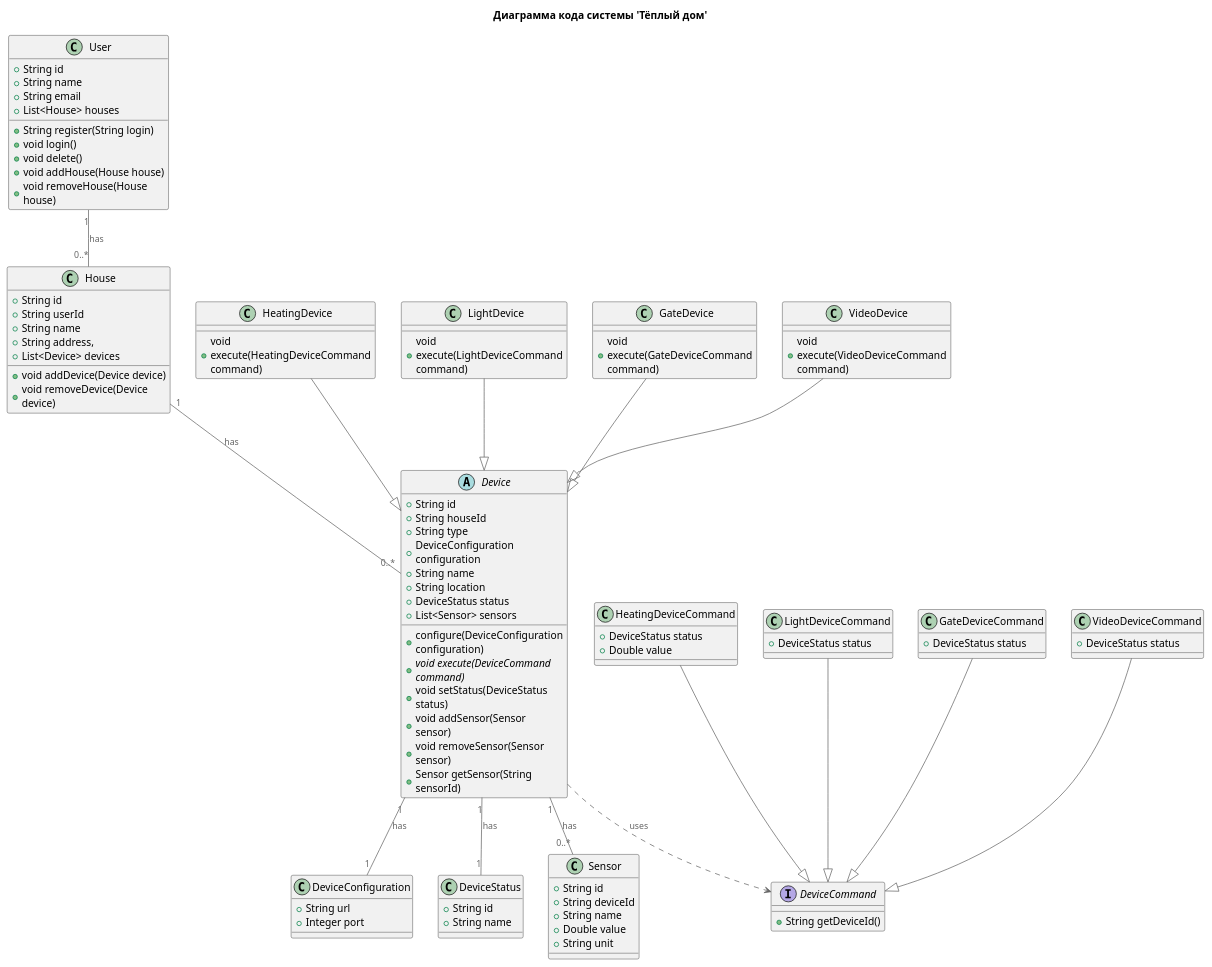
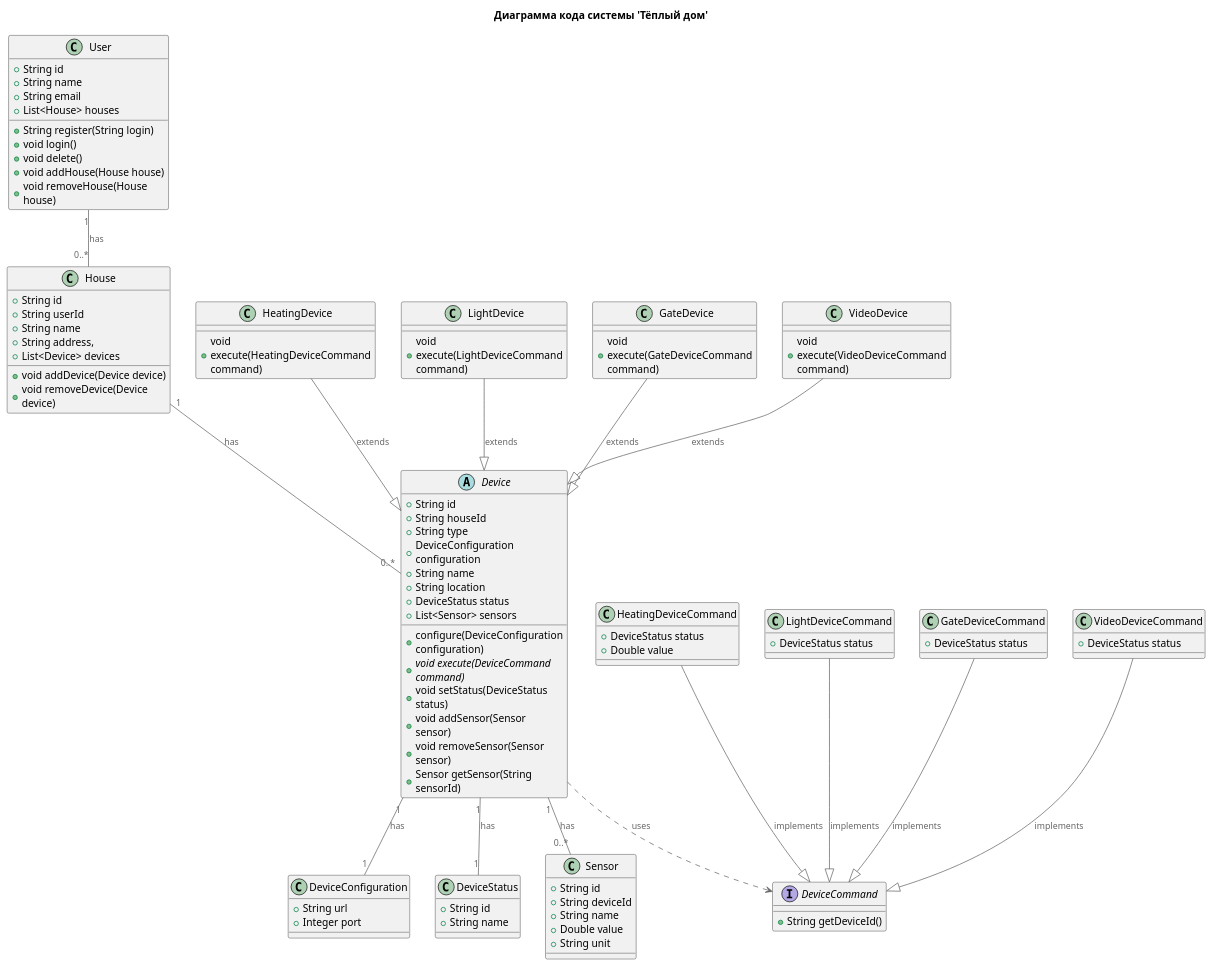
One commit to hammer-for-you/architecture-warmhouse changed the diagram in c4/new-system-code.puml. Above: the diagram before and after it, drawn with PlantUML.

Commit message:
Задание 2. Диаграмма кода. Минорные правки.

```diff
--- a/c4/new-system-code.puml
+++ b/c4/new-system-code.puml
@@ -1,115 +1,115 @@
 @startuml
 
 title Диаграмма кода системы 'Тёплый дом'
 
 !includeurl https://raw.githubusercontent.com/plantuml-stdlib/C4-PlantUML/refs/heads/master/C4_Component.puml
 
 class User {
     +String id
     +String name
     +String email
     +List<House> houses
     +String register(String login)
     +void login()
     +void delete()
     +void addHouse(House house)
     +void removeHouse(House house)
 }
 
 class House {
     +String id
     +String userId
     +String name
     +String address,
     +List<Device> devices
     +void addDevice(Device device)
     +void removeDevice(Device device)
 }
 
 abstract class Device {
     +String id
     +String houseId
     +String type
     +DeviceConfiguration configuration
     +String name
     +String location
     +DeviceStatus status
     +List<Sensor> sensors
     +configure(DeviceConfiguration configuration)
     +{abstract} void execute(DeviceCommand command)
     +void setStatus(DeviceStatus status)
     +void addSensor(Sensor sensor)
     +void removeSensor(Sensor sensor)
     +Sensor getSensor(String sensorId)
 }
 
 class HeatingDevice {
     +void execute(HeatingDeviceCommand command)
 }
 
 class LightDevice {
     +void execute(LightDeviceCommand command)
 }
 
 class GateDevice {
     +void execute(GateDeviceCommand command)
 }
 
 class DeviceConfiguration {
     +String url
     +Integer port
 }
 
 class VideoDevice {
     +void execute(VideoDeviceCommand command)
 }
 
 class DeviceStatus {
     +String id
     +String name
 }
 
 interface DeviceCommand {
     +String getDeviceId()
 }
 
 class HeatingDeviceCommand {
     +DeviceStatus status
     +Double value
 }
 
 class LightDeviceCommand {
     +DeviceStatus status
 }
 
 class GateDeviceCommand {
     +DeviceStatus status
 }
 
 class VideoDeviceCommand {
     +DeviceStatus status
 }
 
 class Sensor {
     +String id
     +String deviceId
     +String name
     +Double value
     +String unit
 }
 
 User "1" -- "0..*" House: has
 House "1" -- "0..*" Device: has
 Device "1" -- "0..*" Sensor: has
 Device "1" -- "1" DeviceStatus: has
 Device "1" -- "1" DeviceConfiguration: has
-HeatingDevice --|> Device
-LightDevice --|> Device
-GateDevice --|> Device
-VideoDevice --|> Device
-HeatingDeviceCommand --|> DeviceCommand
-LightDeviceCommand --|> DeviceCommand
-GateDeviceCommand --|> DeviceCommand
-VideoDeviceCommand --|> DeviceCommand
+HeatingDevice --|> Device: extends
+LightDevice --|> Device: extends
+GateDevice --|> Device: extends
+VideoDevice --|> Device: extends
+HeatingDeviceCommand --|> DeviceCommand: implements
+LightDeviceCommand --|> DeviceCommand: implements
+GateDeviceCommand --|> DeviceCommand: implements
+VideoDeviceCommand --|> DeviceCommand: implements
 Device ..> DeviceCommand: uses
 @enduml
```
